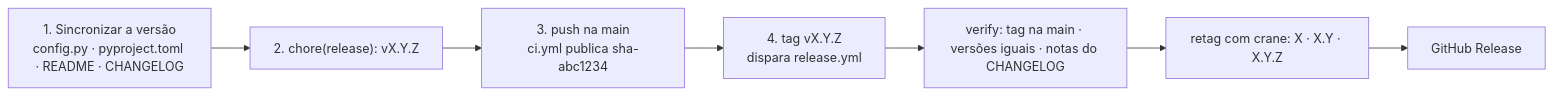
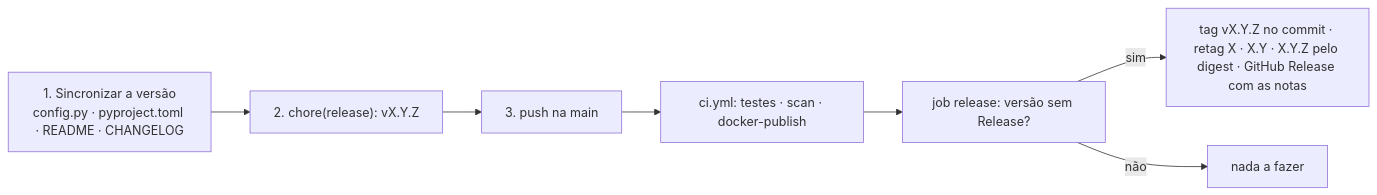
The seventh of 7 diagrams in README.md (rlquilez/b3datetime), drawn with Mermaid before and after one commit. The commit also changed other lines of this file and 6 other files, not shown here.

First line of the commit message:
ci: unificar o release no ci.yml com release automática quando a versão muda na main

````diff
--- a/README.md
+++ b/README.md
@@ -869,5 +871,7 @@
 ```mermaid
 flowchart LR
-    v["1. Sincronizar a versão<br/>config.py · pyproject.toml · README · CHANGELOG"] --> c["2. chore(release): vX.Y.Z"] --> p["3. push na main<br/>ci.yml publica sha-abc1234"] --> t["4. tag vX.Y.Z<br/>dispara release.yml"]
-    t --> ver["verify: tag na main · versões iguais · notas do CHANGELOG"] --> rt["retag com crane: X · X.Y · X.Y.Z"] --> rel["GitHub Release"]
+    v["1. Sincronizar a versão<br/>config.py · pyproject.toml · README · CHANGELOG"] --> c["2. chore(release): vX.Y.Z"] --> p["3. push na main"]
+    p --> pub["ci.yml: testes · scan · docker-publish"] --> rel["job release: versão sem Release?"]
+    rel -->|sim| cria["tag vX.Y.Z no commit · retag X · X.Y · X.Y.Z pelo digest · GitHub Release com as notas"]
+    rel -->|não| nada["nada a fazer"]
 ```
````
